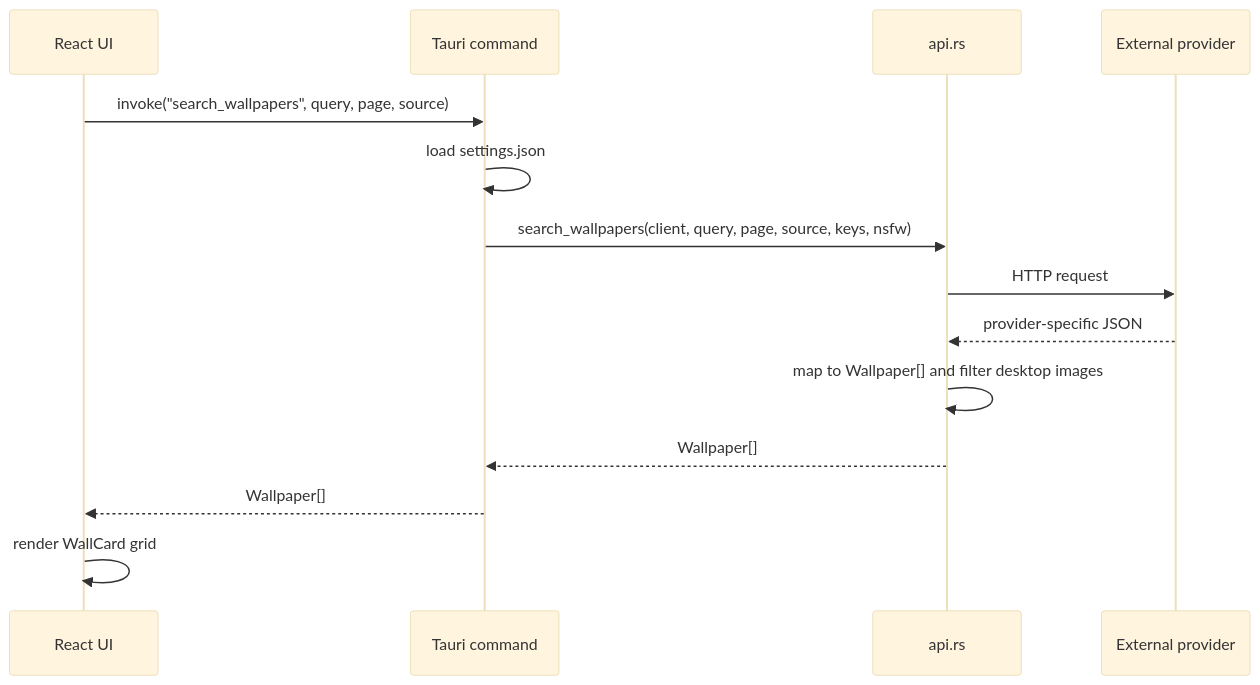
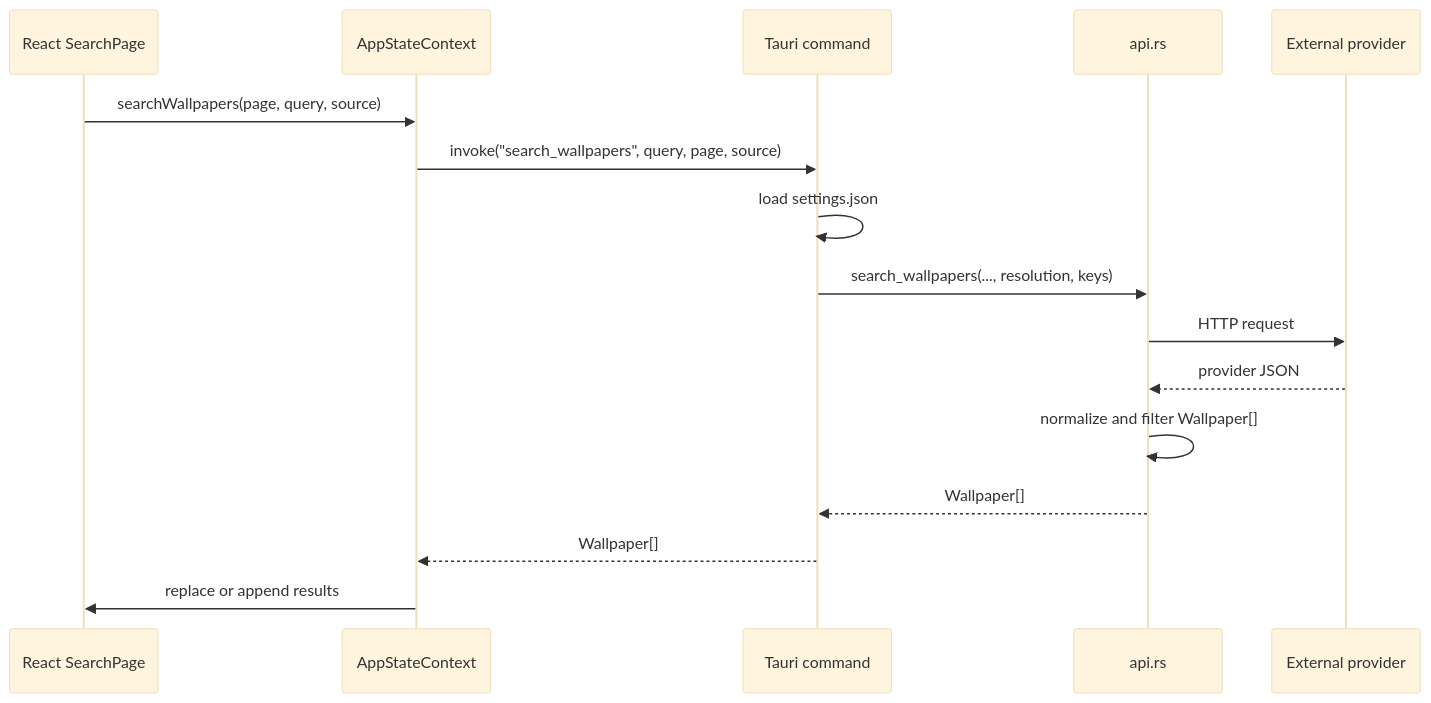
The second of 3 diagrams in docs/ARCHITECTURE.md (puneetdixit200/wallpaper-engine), drawn with Mermaid (base theme) before and after one commit. The commit also changed other lines of this file and 32 other files, not shown here.

Commit message:
feat: close architecture gaps

````diff
--- a/docs/ARCHITECTURE.md
+++ b/docs/ARCHITECTURE.md
@@ -242,17 +234,19 @@
 ```mermaid
 sequenceDiagram
-  participant UI as React UI
+  participant UI as React SearchPage
+  participant State as AppStateContext
   participant Rust as Tauri command
   participant API as api.rs
   participant Provider as External provider
 
-  UI->>Rust: invoke("search_wallpapers", query, page, source)
+  UI->>State: searchWallpapers(page, query, source)
+  State->>Rust: invoke("search_wallpapers", query, page, source)
   Rust->>Rust: load settings.json
-  Rust->>API: search_wallpapers(client, query, page, source, keys, nsfw)
+  Rust->>API: search_wallpapers(..., resolution, keys)
   API->>Provider: HTTP request
-  Provider-->>API: provider-specific JSON
-  API->>API: map to Wallpaper[] and filter desktop images
+  Provider-->>API: provider JSON
+  API->>API: normalize and filter Wallpaper[]
   API-->>Rust: Wallpaper[]
-  Rust-->>UI: Wallpaper[]
-  UI->>UI: render WallCard grid
+  Rust-->>State: Wallpaper[]
+  State->>UI: replace or append results
 ```
````
